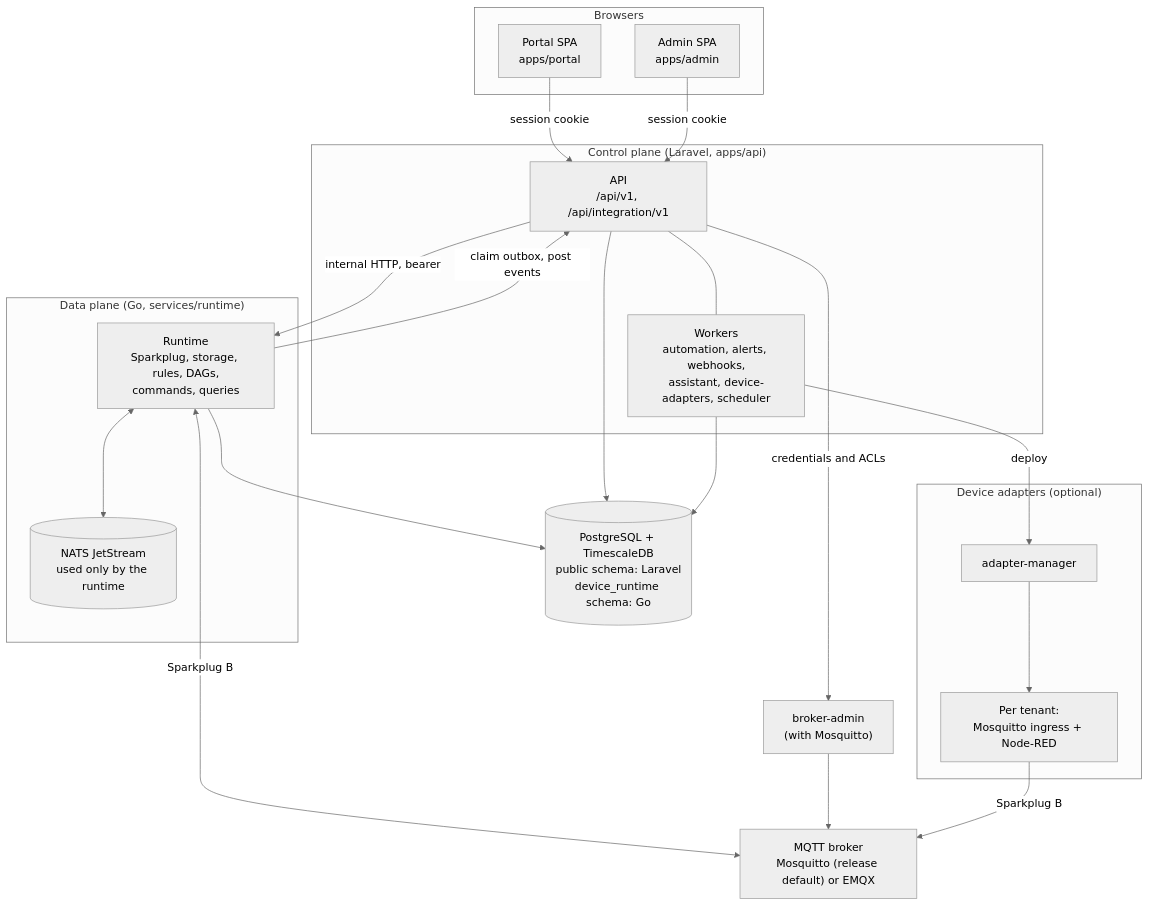
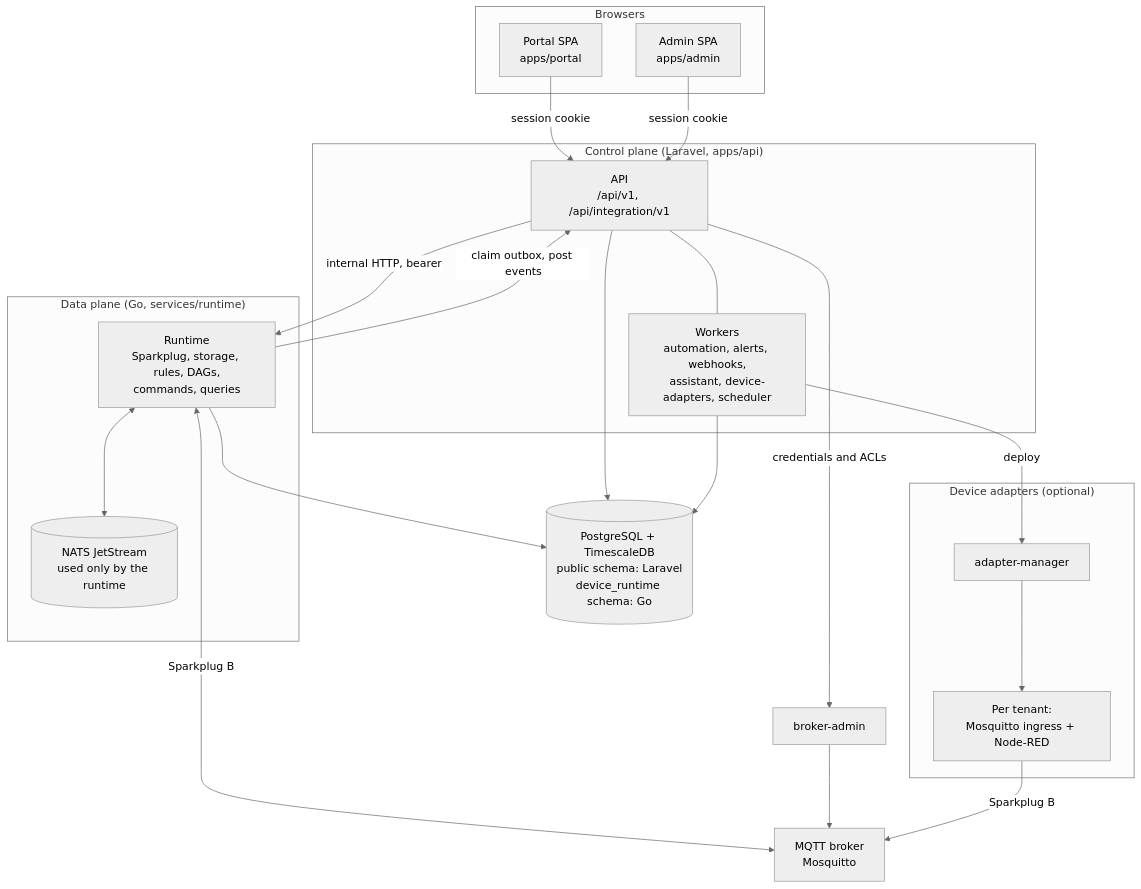
One commit to Elwids-tech/iot-os changed the second of 3 diagrams in docs/architecture/overview.md. Above: the diagram before and after it, drawn with Mermaid (neutral theme). The commit also changed 49 other files, not shown here.

First line of the commit message:
Use Mosquitto as the only MQTT broker (ADR-019)

````diff
--- a/docs/architecture/overview.md
+++ b/docs/architecture/overview.md
@@ -69,38 +69,38 @@
 ```mermaid
 flowchart TB
     subgraph clients["Browsers"]
         portal["Portal SPA<br/>apps/portal"]
         admin["Admin SPA<br/>apps/admin"]
     end
 
     subgraph control["Control plane (Laravel, apps/api)"]
         api["API<br/>/api/v1, /api/integration/v1"]
         workers["Workers<br/>automation, alerts, webhooks,<br/>assistant, device-adapters, scheduler"]
     end
 
     subgraph data["Data plane (Go, services/runtime)"]
         runtime["Runtime<br/>Sparkplug, storage, rules, DAGs,<br/>commands, queries"]
         nats[("NATS JetStream<br/>used only by the runtime")]
     end
 
     db[("PostgreSQL + TimescaleDB<br/>public schema: Laravel<br/>device_runtime schema: Go")]
-    broker["MQTT broker<br/>Mosquitto (release default) or EMQX"]
-    brokeradmin["broker-admin<br/>(with Mosquitto)"]
+    broker["MQTT broker<br/>Mosquitto"]
+    brokeradmin["broker-admin"]
 
     subgraph adapters["Device adapters (optional)"]
         manager["adapter-manager"]
         tenant["Per tenant:<br/>Mosquitto ingress + Node-RED"]
     end
 
     portal & admin -->|session cookie| api
     api --- workers
     api & workers --> db
     api -->|internal HTTP, bearer| runtime
     runtime -->|claim outbox, post events| api
     runtime <--> nats
     runtime --> db
     runtime <-->|Sparkplug B| broker
     api -->|credentials and ACLs| brokeradmin --> broker
     workers -->|deploy| manager --> tenant
     tenant -->|Sparkplug B| broker
 ```
````
